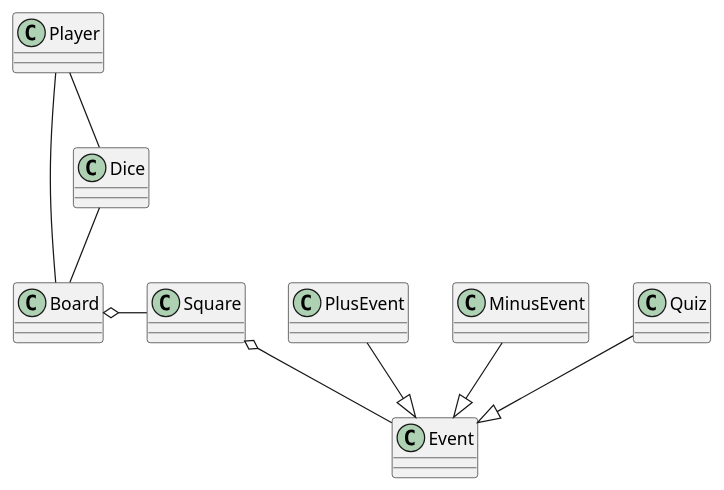
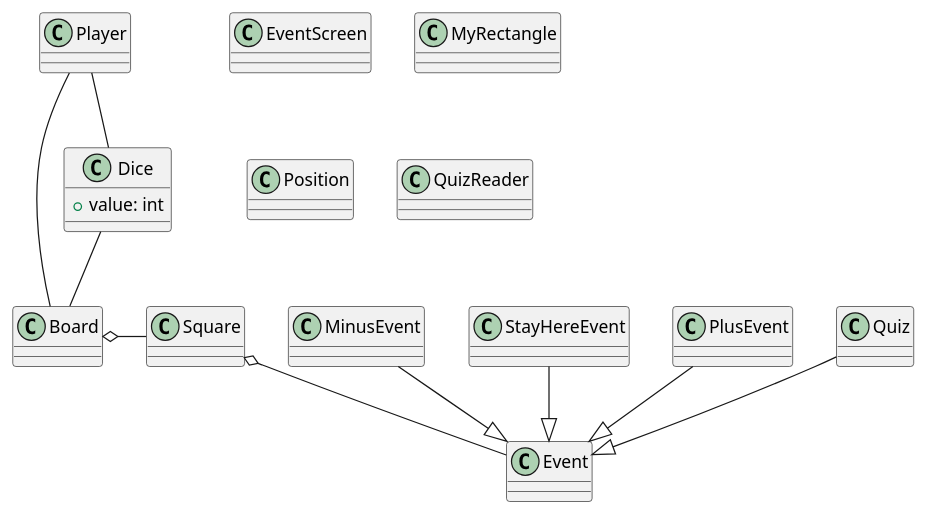
One commit to rtgatto/game-2023b-quartacoloniaquiz changed the diagram in class_diagram.plantuml. Above: the diagram before and after it, drawn with PlantUML. The commit also changed 4 other files, not shown here.

```diff
--- a/class_diagram.plantuml
+++ b/class_diagram.plantuml
@@ -1,25 +1,36 @@
 @startuml QuartaColoniaQuiz
 
 class Dice
+{
+    + value: int
+
+}
 class Player
 class Board
 class Square
+class EventScreen
+class MyRectangle
+class MinusEvent
+class Position
+class QuizReader
+class StayHereEvent
 
 Board o-R- Square
 Board -L- Player
 
 Player -- Dice
 
 Square o-- Event
 
 PlusEvent --|> Event
 MinusEvent --|> Event
 Quiz --|> Event
+StayHereEvent --|> Event
 
 Dice -- Board
 
 
 
 
 
 @enduml
```
